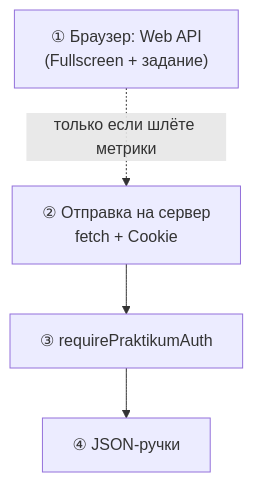
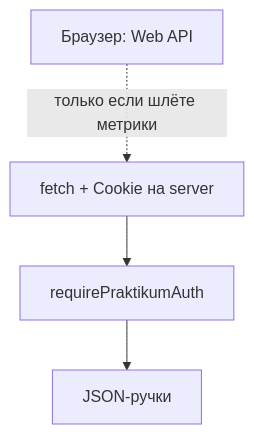
One commit to kirillchistov/42-gamedev-teamwork changed the diagram in docs/add-web-api.md. Above: the diagram before and after it, drawn with Mermaid. The commit also changed other lines of this file and 15 other files, not shown here.

````diff
--- a/docs/add-web-api.md
+++ b/docs/add-web-api.md
@@ -5,9 +5,9 @@
 ```mermaid
 flowchart TB
-  A["① Браузер: Web API\n(Fullscreen + задание)"]
-  B["② Отправка на сервер\nfetch + Cookie"]
-  C["③ requirePraktikumAuth"]
-  D["④ JSON-ручки"]
+  A["Браузер: Web API"]
+  B["fetch + Cookie на server"]
+  C["requirePraktikumAuth"]
+  D["JSON-ручки"]
   A -.->|только если шлёте метрики| B
   B --> C --> D
 ```
````
